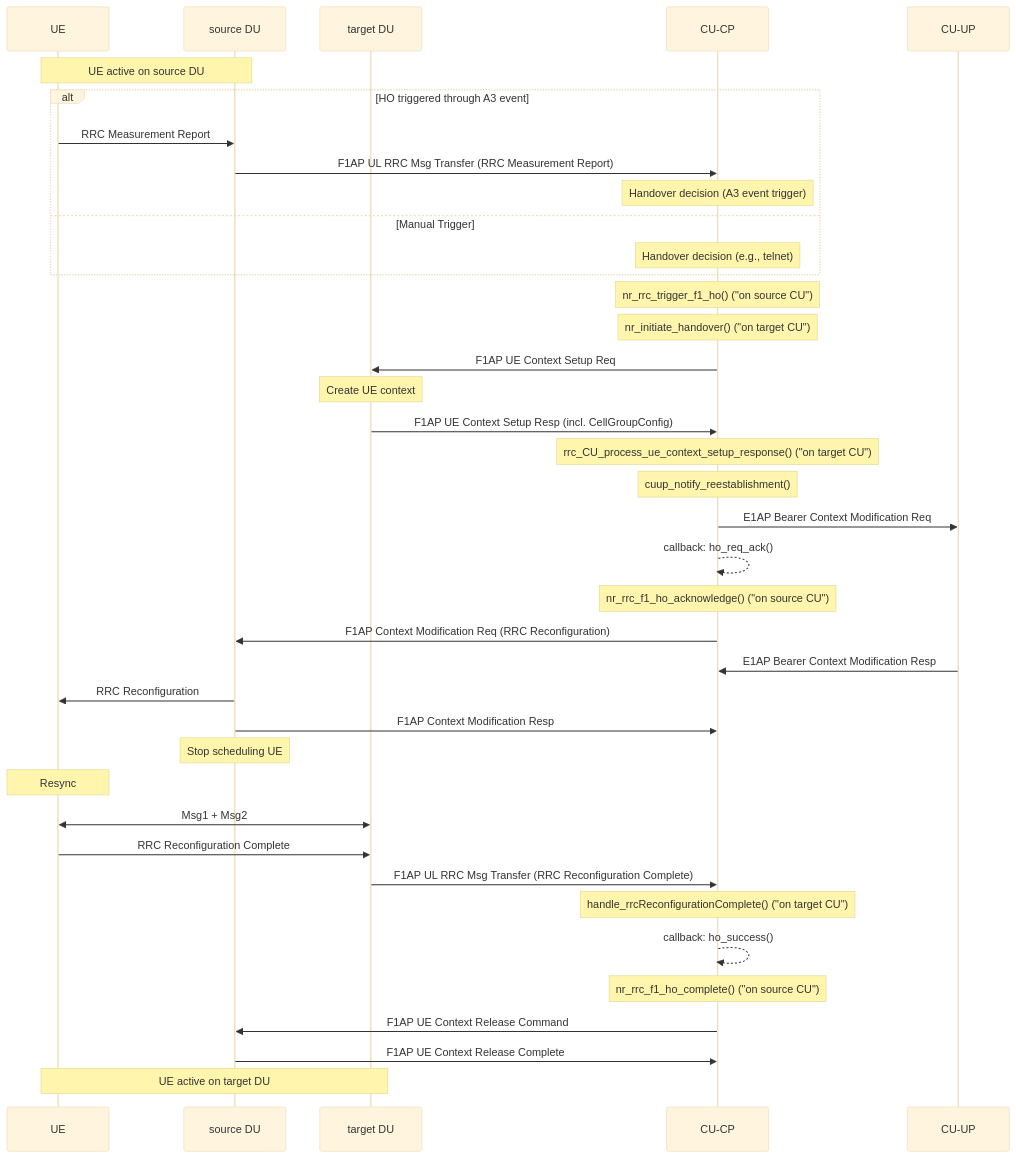
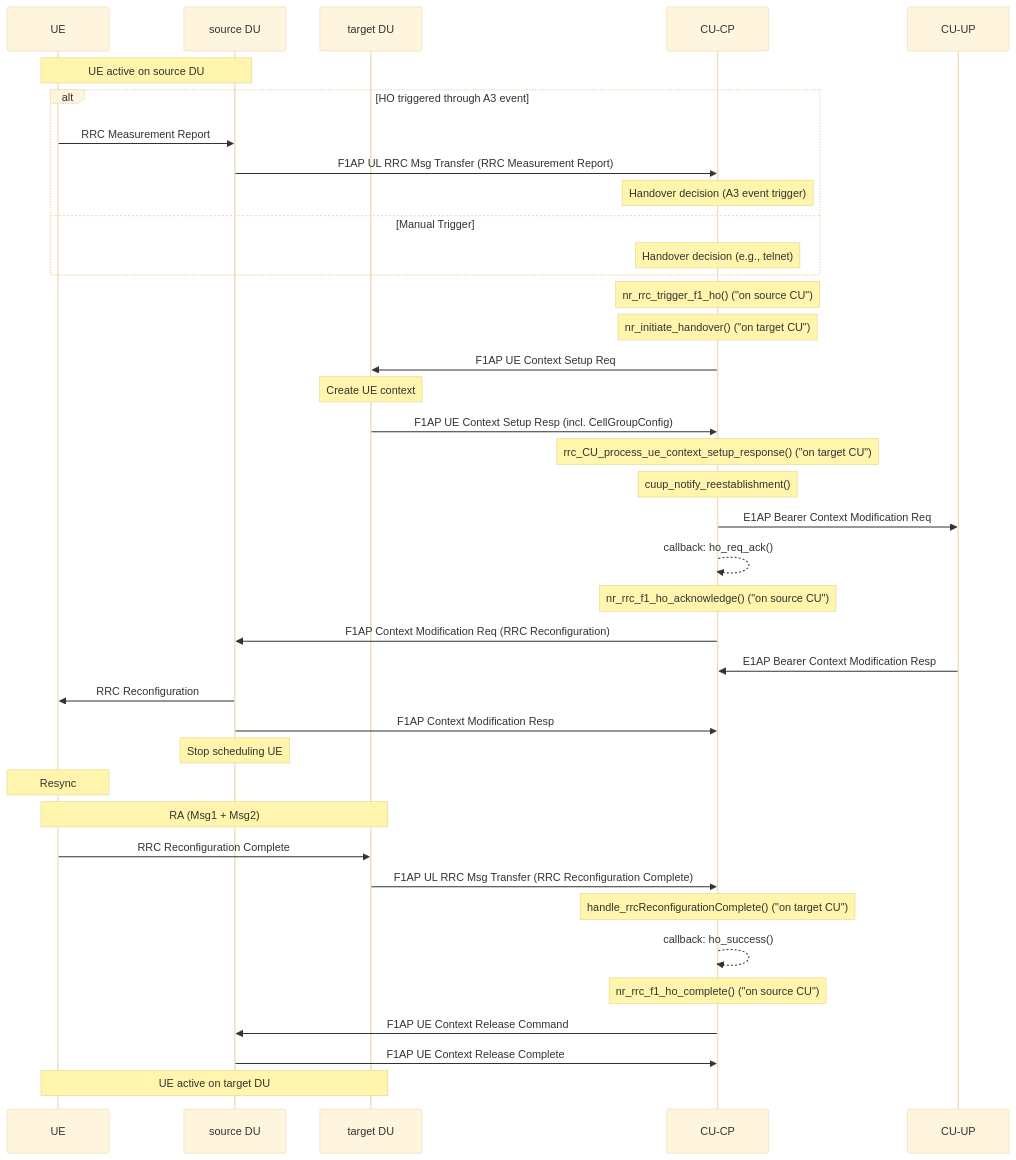
Before and after one commit to AntonioFern2024/oai: the fifth of 5 diagrams in doc/RRC/rrc-dev.md, drawn with Mermaid (base theme).

Commit message:
fixup because eurecom.gitlab.fr has mermaid<v11

````diff
--- a/doc/RRC/rrc-dev.md
+++ b/doc/RRC/rrc-dev.md
@@ -183,42 +183,42 @@
 ```mermaid
 sequenceDiagram
   participant ue as UE
   participant sdu as source DU
   participant tdu as target DU
   participant cucp as CU-CP
   participant cuup as CU-UP
 
   Note over ue,sdu: UE active on source DU
   alt HO triggered through A3 event
     ue->>sdu: RRC Measurement Report
     sdu->>cucp: F1AP UL RRC Msg Transfer (RRC Measurement Report)
     Note over cucp: Handover decision (A3 event trigger)
   else Manual Trigger
     Note over cucp: Handover decision (e.g., telnet)
   end
   Note over cucp: nr_rrc_trigger_f1_ho() ("on source CU")
   Note over cucp: nr_initiate_handover() ("on target CU")
   cucp->>tdu: F1AP UE Context Setup Req
   Note over tdu: Create UE context
   tdu->>cucp: F1AP UE Context Setup Resp (incl. CellGroupConfig)
   Note over cucp: rrc_CU_process_ue_context_setup_response() ("on target CU")
     Note over cucp: cuup_notify_reestablishment()
     cucp->>cuup: E1AP Bearer Context Modification Req
   cucp-->>cucp: callback: ho_req_ack()
   Note over cucp: nr_rrc_f1_ho_acknowledge() ("on source CU")
   cucp->>sdu: F1AP Context Modification Req (RRC Reconfiguration)
     cuup->>cucp: E1AP Bearer Context Modification Resp
   sdu->>ue: RRC Reconfiguration
   sdu->>cucp: F1AP Context Modification Resp
   Note over sdu: Stop scheduling UE
   Note over ue: Resync
-  ue<<->>tdu: Msg1 + Msg2
+  Note over ue,tdu: RA (Msg1 + Msg2)
   ue->>tdu: RRC Reconfiguration Complete
   tdu->>cucp: F1AP UL RRC Msg Transfer (RRC Reconfiguration Complete)
   Note over cucp: handle_rrcReconfigurationComplete() ("on target CU")
   cucp-->>cucp: callback: ho_success()
   Note over cucp: nr_rrc_f1_ho_complete() ("on source CU")
   cucp->>sdu: F1AP UE Context Release Command
   sdu->>cucp: F1AP UE Context Release Complete
   Note over ue,tdu: UE active on target DU
 ```
````
